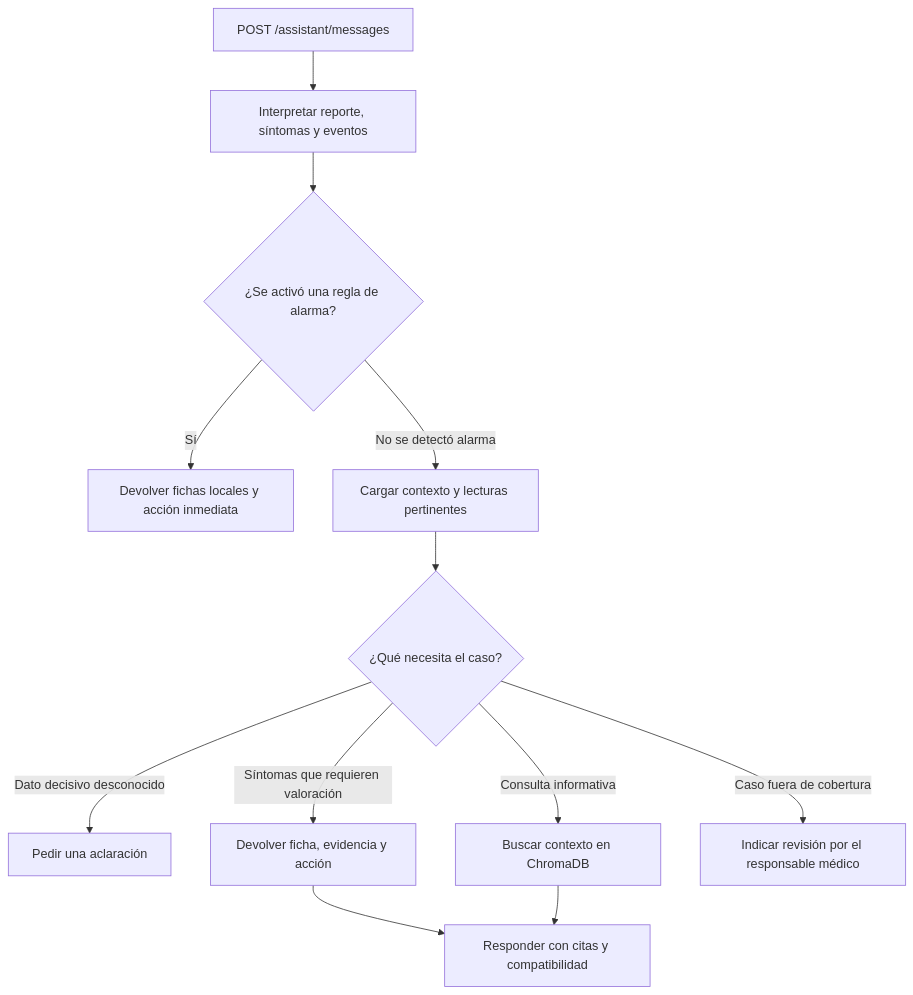
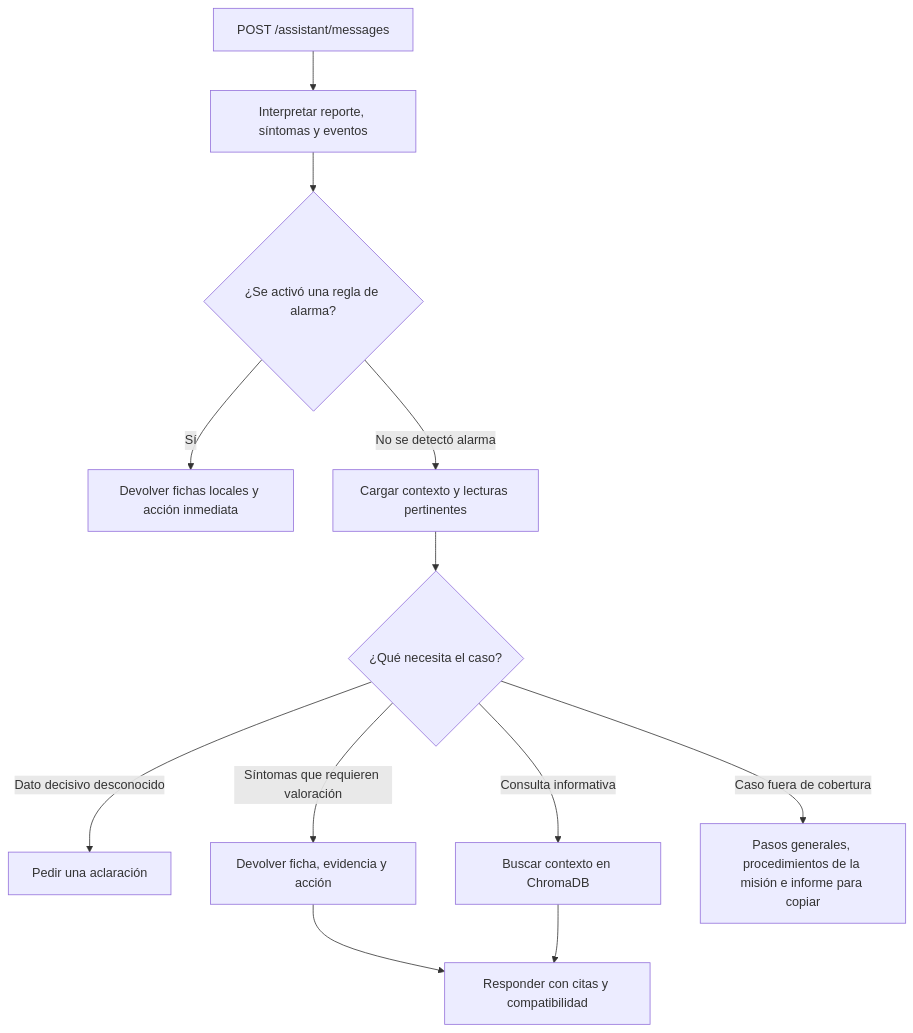
Before and after one commit to rubenyh/SpaceApps-2026: the diagram in docs/plan-agente-medico-space-apps.md, drawn with Mermaid. The commit also changed other lines of this file and 9 other files, not shown here.

````diff
--- a/docs/plan-agente-medico-space-apps.md
+++ b/docs/plan-agente-medico-space-apps.md
@@ -29,14 +29,14 @@
 ```mermaid
 flowchart TD
     A["POST /assistant/messages"] --> B["Interpretar reporte, síntomas y eventos"]
     B --> C{"¿Se activó una regla de alarma?"}
     C -->|"Sí"| D["Devolver fichas locales y acción inmediata"]
     C -->|"No se detectó alarma"| E["Cargar contexto y lecturas pertinentes"]
     E --> F{"¿Qué necesita el caso?"}
     F -->|"Dato decisivo desconocido"| G["Pedir una aclaración"]
     F -->|"Síntomas que requieren valoración"| H["Devolver ficha, evidencia y acción"]
     F -->|"Consulta informativa"| I["Buscar contexto en ChromaDB"]
-    F -->|"Caso fuera de cobertura"| J["Indicar revisión por el responsable médico"]
+    F -->|"Caso fuera de cobertura"| J["Pasos generales, procedimientos de la misión e informe para copiar"]
     H --> K["Responder con citas y compatibilidad"]
     I --> K
 ```
````
